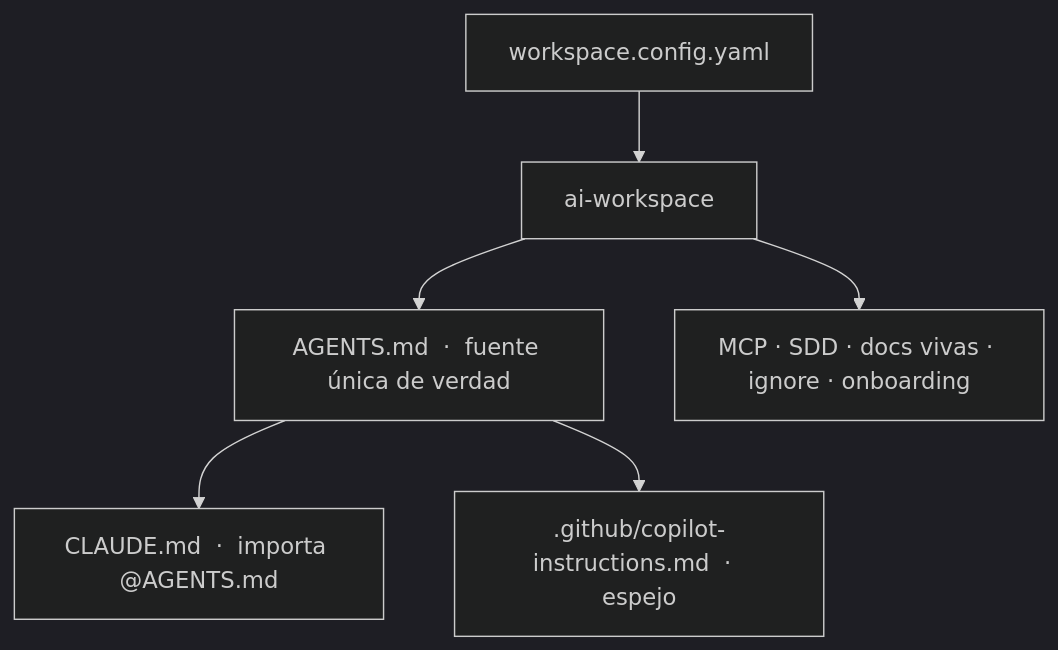
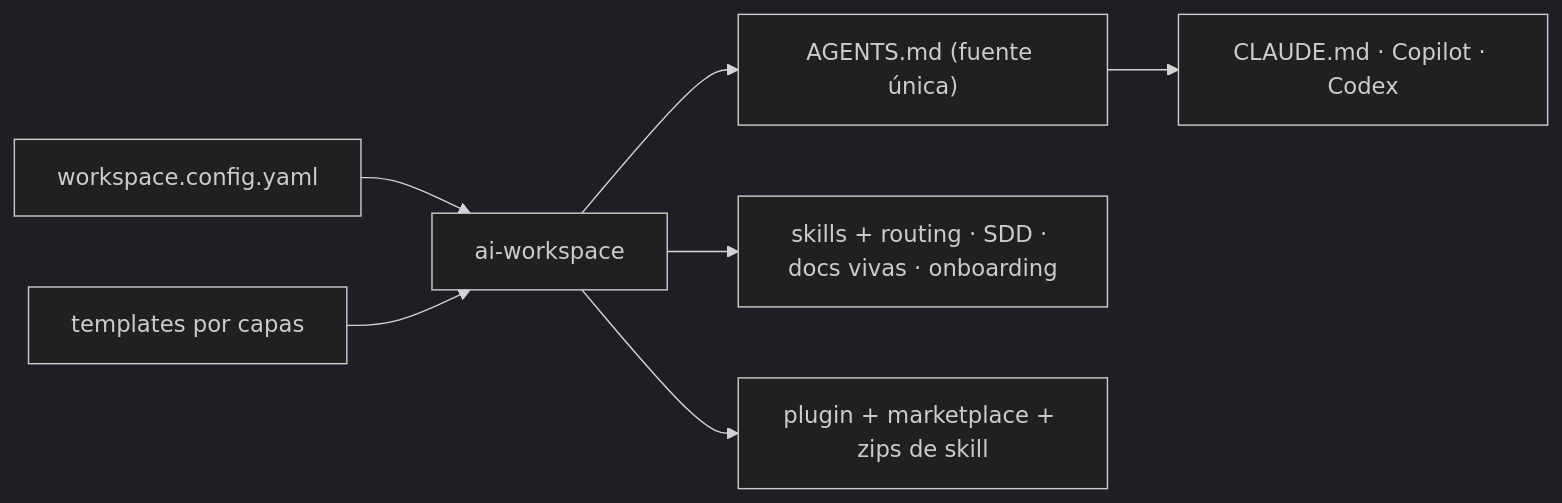
Before and after one commit to grojof/ai-workspace-generator: the diagram in README.es.md, drawn with Mermaid (dark theme). The commit also changed other lines of this file and 16 other files, not shown here.

````diff
--- a/README.es.md
+++ b/README.es.md
@@ -92,8 +101,9 @@
 ```mermaid
-flowchart TD
-  CFG["workspace.config.yaml"] --> GEN[ai-workspace]
-  GEN --> AG["AGENTS.md  ·  fuente única de verdad"]
-  AG --> CL["CLAUDE.md  ·  importa @AGENTS.md"]
-  AG --> CO[".github/copilot-instructions.md  ·  espejo"]
-  GEN --> REST["MCP · SDD · docs vivas · ignore · onboarding"]
+flowchart LR
+  CFG["workspace.config.yaml"] --> GEN["ai-workspace"]
+  TPL["templates por capas"] --> GEN
+  GEN --> AG["AGENTS.md (fuente única)"]
+  AG --> AD["CLAUDE.md · Copilot · Codex"]
+  GEN --> REST["skills + routing · SDD · docs vivas · onboarding"]
+  GEN --> PKG["plugin + marketplace + zips de skill"]
 ```
````
